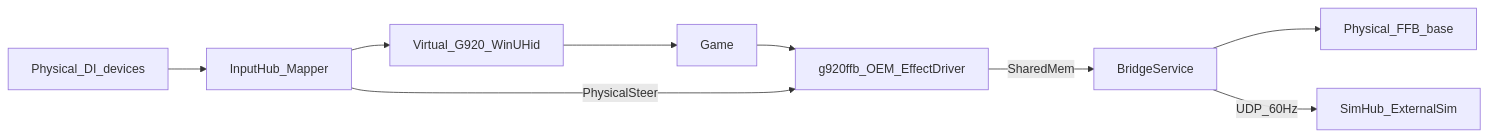
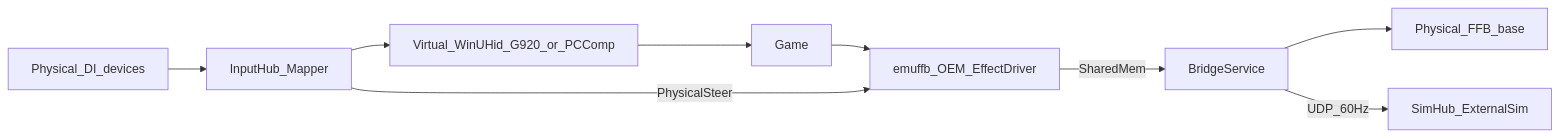
One commit to camborambo/G920Emulator changed the diagram in docs/architecture.md. Above: the diagram before and after it, drawn with Mermaid. The commit also changed other lines of this file and 233 other files, not shown here.

````diff
--- a/docs/architecture.md
+++ b/docs/architecture.md
@@ -7,11 +7,11 @@
 ```mermaid
 flowchart LR
   Phys[Physical_DI_devices] --> Hub[InputHub_Mapper]
-  Hub --> Vhid[Virtual_G920_WinUHid]
+  Hub --> Vhid[Virtual_WinUHid_G920_or_PCComp]
   Vhid --> Game[Game]
-  Game --> Oem[g920ffb_OEM_EffectDriver]
+  Game --> Oem[emuffb_OEM_EffectDriver]
   Oem -->|SharedMem| Bridge[BridgeService]
   Hub -->|PhysicalSteer| Oem
   Bridge --> Base[Physical_FFB_base]
   Bridge -->|UDP_60Hz| SimHub[SimHub_ExternalSim]
 ```
````
